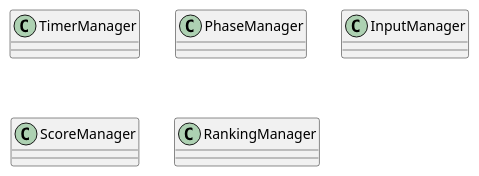
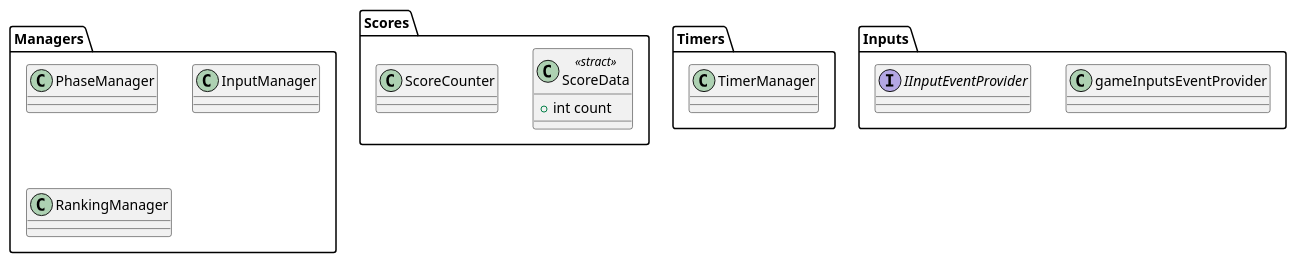
Before and after one commit to tezumozu/Games_Practice: the diagram in Script_Test/Test_SceneManage/仕様書類/GameClasses.pu, drawn with PlantUML. The commit also changed 2 other files, not shown here.

```diff
--- a/Script_Test/Test_SceneManage/仕様書類/GameClasses.pu
+++ b/Script_Test/Test_SceneManage/仕様書類/GameClasses.pu
@@ -1,22 +1,42 @@
 @startuml GameSceneクラス図
 
-class TimerManager{
+package Managers{
+    class PhaseManager{
 
+    }
+
+    class InputManager{
+
+    }
+
+    class RankingManager{
+
+    }
 }
 
-class PhaseManager{
+package Scores{
+    class ScoreData<<stract>>{
+        +int count
+    }
 
+    class ScoreCounter{
+
+    }
 }
 
-class InputManager{
+package Timers{
+    class TimerManager{
 
+    }
 }
 
-class ScoreManager{
+package Inputs{
+    class gameInputsEventProvider{
 
+    }
+
+    interface IInputEventProvider{
+    }
 }
 
-class RankingManager{
-
-}
 @enduml
```
